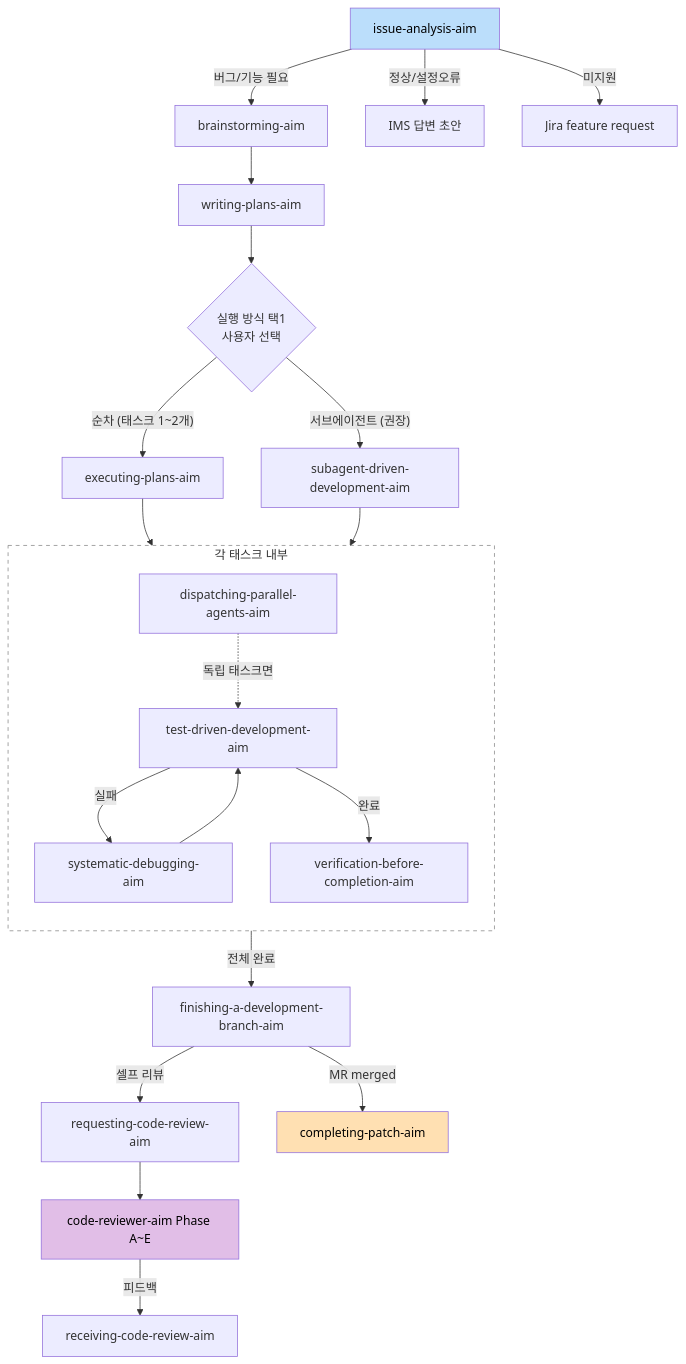
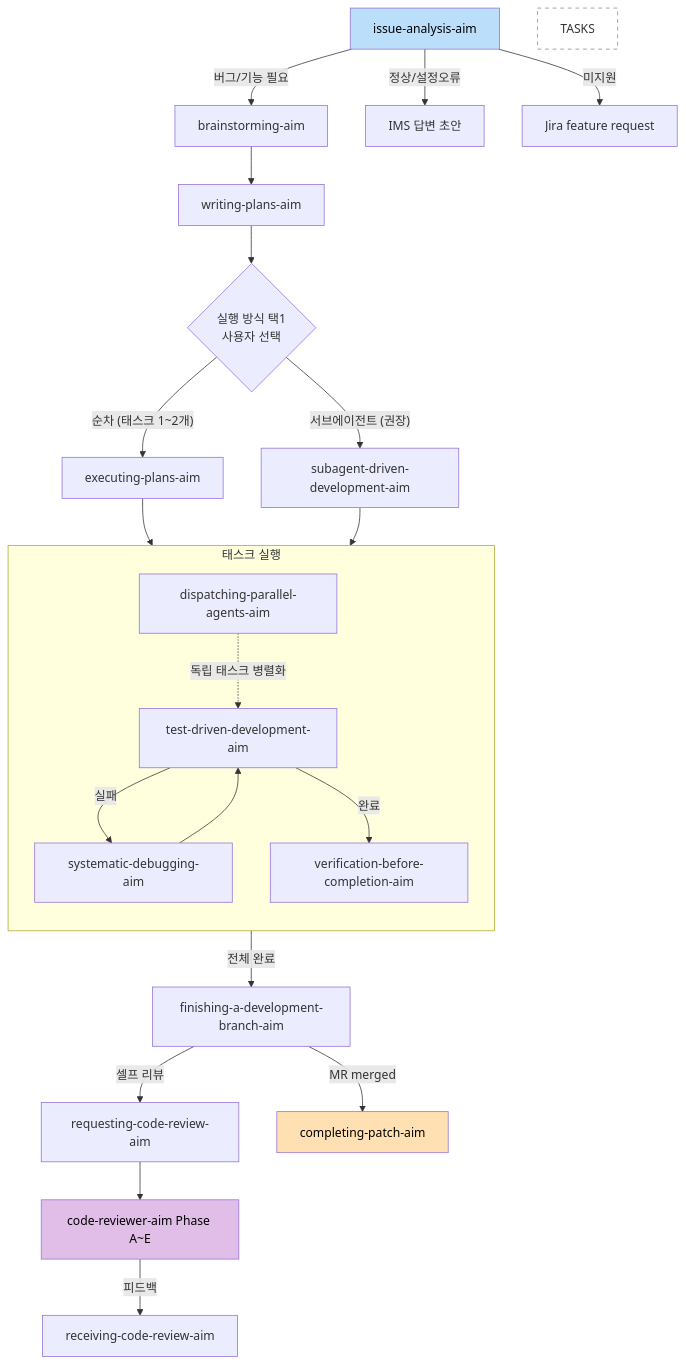
Before and after one commit to kmj5228/aim-harness: the diagram in README.md, drawn with Mermaid.

Commit message:
docs: rename subgraph to task execution, reposition dispatching

````diff
--- a/README.md
+++ b/README.md
@@ -77,33 +77,33 @@
 ```mermaid
 flowchart TD
     A[issue-analysis-aim] -->|"버그/기능 필요"| B[brainstorming-aim]
     B --> C[writing-plans-aim]
     C --> D{실행 방식 택1\n사용자 선택}
     D -->|"순차 (태스크 1~2개)"| E[executing-plans-aim]
     D -->|"서브에이전트 (권장)"| F[subagent-driven-development-aim]
 
-    E --> TASKS
-    F --> TASKS
+    E --> EXEC
+    F --> EXEC
 
-    subgraph TASKS ["각 태스크 내부"]
+    subgraph EXEC ["태스크 실행"]
         direction TB
+        H[dispatching-parallel-agents-aim] -.->|"독립 태스크 병렬화"| G
         G[test-driven-development-aim] -->|실패| I[systematic-debugging-aim]
         I --> G
         G -->|완료| J[verification-before-completion-aim]
-        H[dispatching-parallel-agents-aim] -.->|독립 태스크면| G
     end
 
-    TASKS -->|전체 완료| K[finishing-a-development-branch-aim]
+    EXEC -->|전체 완료| K[finishing-a-development-branch-aim]
     K -->|셀프 리뷰| L[requesting-code-review-aim]
     L --> M[code-reviewer-aim Phase A~E]
     M -->|피드백| R[receiving-code-review-aim]
     K -->|MR merged| N[completing-patch-aim]
 
     A -->|"정상/설정오류"| O[IMS 답변 초안]
     A -->|"미지원"| P[Jira feature request]
 
     style A fill:#bbdefb,color:#000
     style N fill:#ffe0b2,color:#000
     style M fill:#e1bee7,color:#000
     style TASKS fill:transparent,stroke:#888,stroke-dasharray: 5 5
 ```
````
